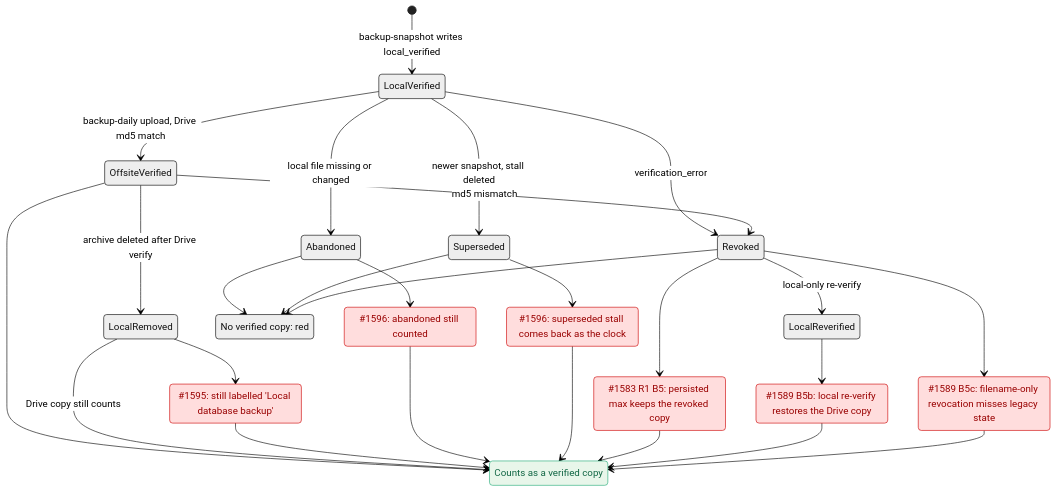
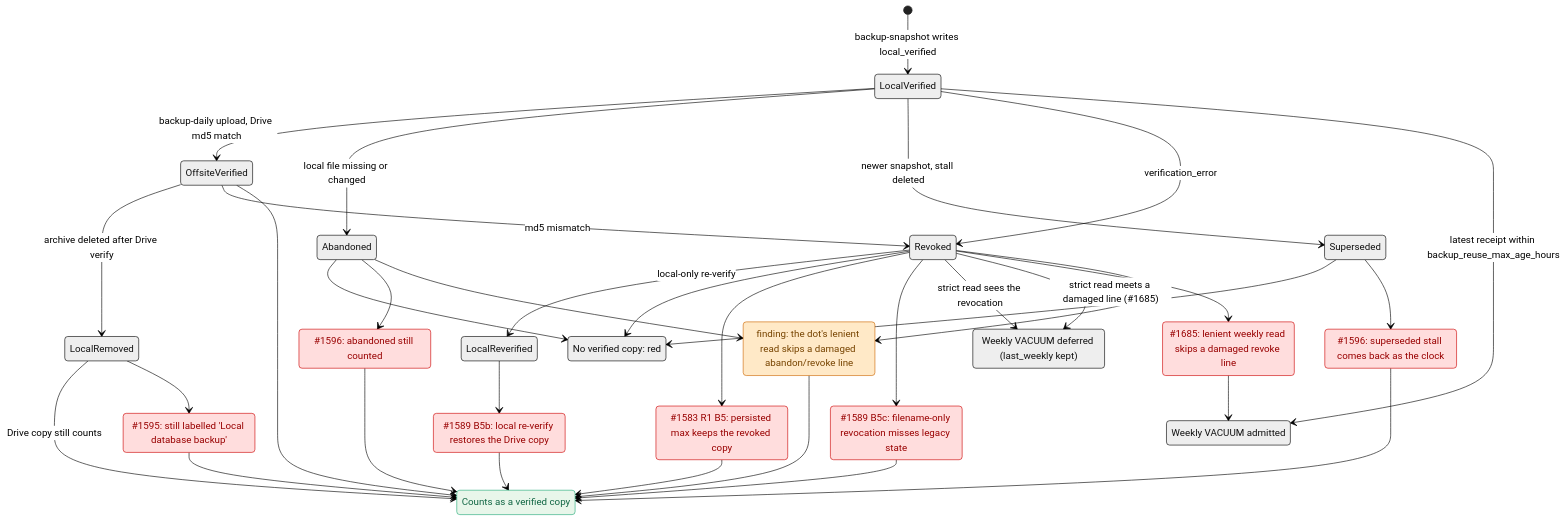
One commit to EtanHey/brainlayer changed the first of 4 diagrams in formal/backup-verdict/STATE-DIAGRAM.md. Above: the diagram before and after it, drawn with Mermaid (neutral theme). The commit also changed other lines of this file and 24 other files, not shown here.

First line of the commit message:
fix(formal): model #1685's strict weekly receipt read and re-pin backup-verdict at main 5fda86d2

````diff
--- a/formal/backup-verdict/STATE-DIAGRAM.md
+++ b/formal/backup-verdict/STATE-DIAGRAM.md
@@ -11,45 +11,59 @@
 ```mermaid
 stateDiagram-v2
     classDef bug fill:#fdd,stroke:#c00,color:#900
     classDef finding fill:#ffe9c7,stroke:#c60,color:#740
     classDef ok fill:#e8f6ea,stroke:#2a7,color:#164
 
     [*] --> LocalVerified: backup-snapshot writes local_verified
     LocalVerified --> OffsiteVerified: backup-daily upload, Drive md5 match
     OffsiteVerified --> LocalRemoved: archive deleted after Drive verify
     LocalVerified --> Abandoned: local file missing or changed
     LocalVerified --> Superseded: newer snapshot, stall deleted
     LocalVerified --> Revoked: verification_error
     OffsiteVerified --> Revoked: md5 mismatch
     Revoked --> LocalReverified: local-only re-verify
 
     state "Counts as a verified copy" as Counts
     state "No verified copy: red" as NoCopy
     OffsiteVerified --> Counts
     LocalRemoved --> Counts: Drive copy still counts
     Abandoned --> NoCopy
     Superseded --> NoCopy
     Revoked --> NoCopy
 
     state "#1595: still labelled 'Local database backup'" as b1595
     state "#1596: abandoned still counted" as b1596a
     state "#1596: superseded stall comes back as the clock" as b1596s
     state "#1583 R1 B5: persisted max keeps the revoked copy" as b1583b5
     state "#1589 B5b: local re-verify restores the Drive copy" as b1589b5b
     state "#1589 B5c: filename-only revocation misses legacy state" as b1589b5c
     LocalRemoved --> b1595
     b1595 --> Counts
     Abandoned --> b1596a
     b1596a --> Counts
     Superseded --> b1596s
     b1596s --> Counts
     Revoked --> b1583b5
     b1583b5 --> Counts
     LocalReverified --> b1589b5b
     b1589b5b --> Counts
     Revoked --> b1589b5c
     b1589b5c --> Counts
 
-    class b1595,b1596a,b1596s,b1583b5,b1589b5b,b1589b5c bug
+    state "Weekly VACUUM admitted" as Vacuum
+    state "Weekly VACUUM deferred (last_weekly kept)" as Deferred
+    state "#1685: lenient weekly read skips a damaged revoke line" as b1685
+    state "finding: the dot's lenient read skips a damaged abandon/revoke line" as fdmg
+    LocalVerified --> Vacuum: latest receipt within backup_reuse_max_age_hours
+    Revoked --> Deferred: strict read sees the revocation
+    Revoked --> Deferred: strict read meets a damaged line (#1685)
+    Revoked --> b1685
+    b1685 --> Vacuum
+    Abandoned --> fdmg
+    Revoked --> fdmg
+    fdmg --> Counts
+
+    class b1595,b1596a,b1596s,b1583b5,b1589b5b,b1589b5c,b1685 bug
+    class fdmg finding
     class Counts ok
 ```
````
